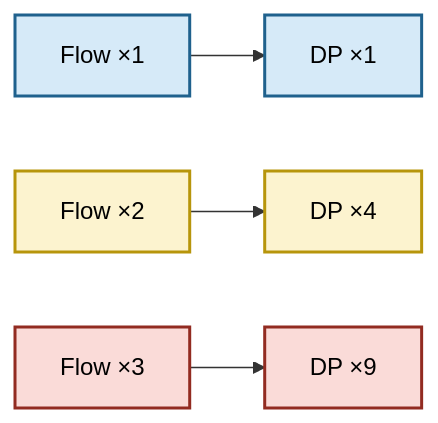
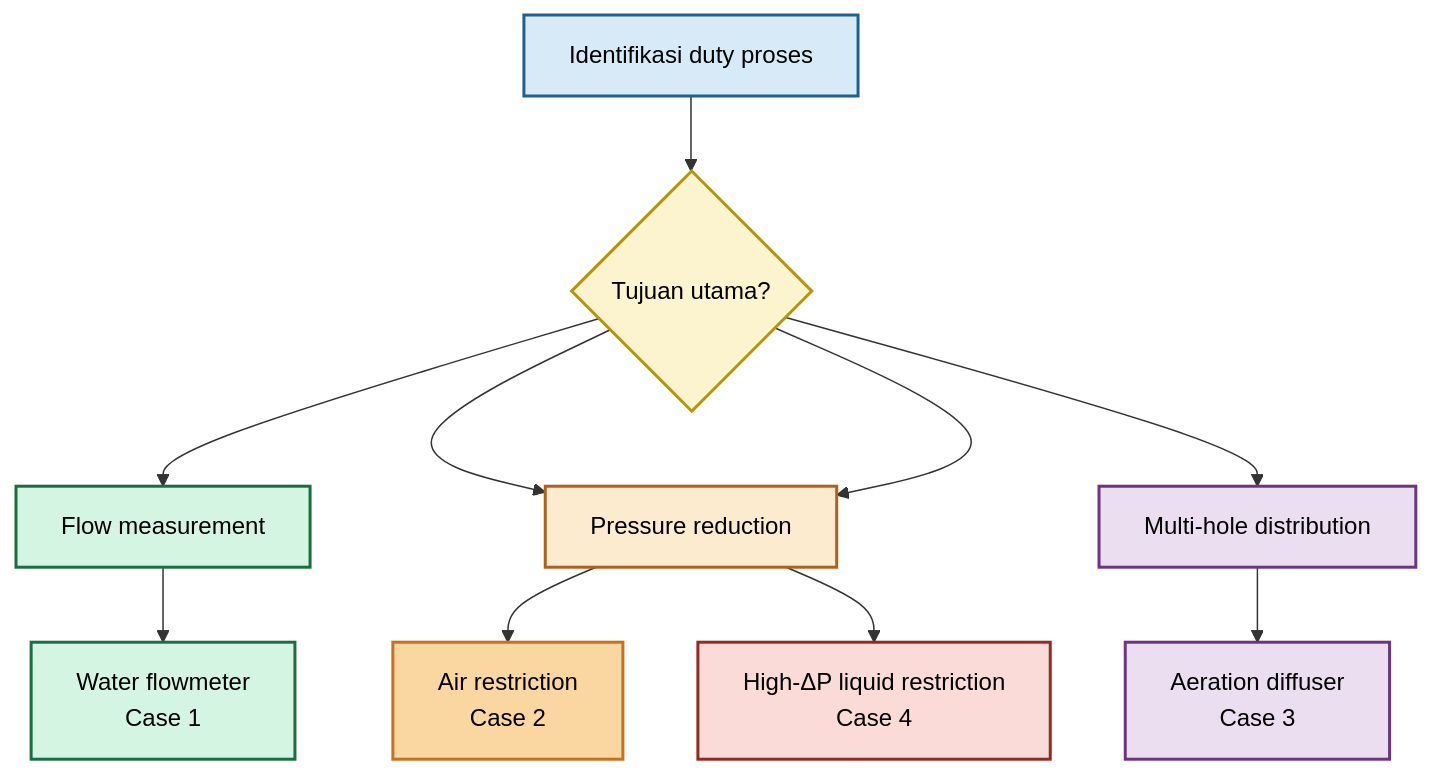
One commit to slametsampon/mx-core changed diagram 15 of 18 in plugins/mx-core-docs/src/content/blog/maintenance/elins/orifice-plate.mdx. Above: the diagram before and after it, drawn with Mermaid. The commit also changed other lines of this file and 4 other files, not shown here.

````diff
--- a/plugins/mx-core-docs/src/content/blog/maintenance/elins/orifice-plate.mdx
+++ b/plugins/mx-core-docs/src/content/blog/maintenance/elins/orifice-plate.mdx
@@ -1720,13 +5342,26 @@
-```mermaid id="dp_vs_flow"
-flowchart LR
+```mermaid id="worked_cases_selection"
+flowchart TB
+    A["Identifikasi duty proses"]:::start
+    B{"Tujuan utama?"}:::decision
+    C["Flow measurement"]:::meter
+    D["Pressure reduction"]:::restrict
+    E["Multi-hole distribution"]:::diffuser
+    F["Water flowmeter<br/>Case 1"]:::meter
+    G["Air restriction<br/>Case 2"]:::gas
+    H["Aeration diffuser<br/>Case 3"]:::diffuser
+    I["High-ΔP liquid restriction<br/>Case 4"]:::liquid
 
-A["Flow ×1"]:::a --> B["DP ×1"]:::a
+    A --> B
+    B --> C --> F
+    B --> D --> G
+    B --> D --> I
+    B --> E --> H
 
-C["Flow ×2"]:::b --> D["DP ×4"]:::b
-
-E["Flow ×3"]:::c --> F["DP ×9"]:::c
-
-classDef a fill:#D6EAF8,color:#000,stroke:#1F618D,stroke-width:2px;
-classDef b fill:#FCF3CF,color:#000,stroke:#B7950B,stroke-width:2px;
-classDef c fill:#FADBD8,color:#000,stroke:#922B21,stroke-width:2px;
+    classDef start fill:#D6EAF8,stroke:#1F618D,color:#000,stroke-width:2px;
+    classDef decision fill:#FCF3CF,stroke:#B7950B,color:#000,stroke-width:2px;
+    classDef meter fill:#D5F5E3,stroke:#196F3D,color:#000,stroke-width:2px;
+    classDef restrict fill:#FDEBD0,stroke:#AF601A,color:#000,stroke-width:2px;
+    classDef gas fill:#FAD7A0,stroke:#CA6F1E,color:#000,stroke-width:2px;
+    classDef diffuser fill:#EBDEF0,stroke:#6C3483,color:#000,stroke-width:2px;
+    classDef liquid fill:#FADBD8,stroke:#922B21,color:#000,stroke-width:2px;
 ```
````
